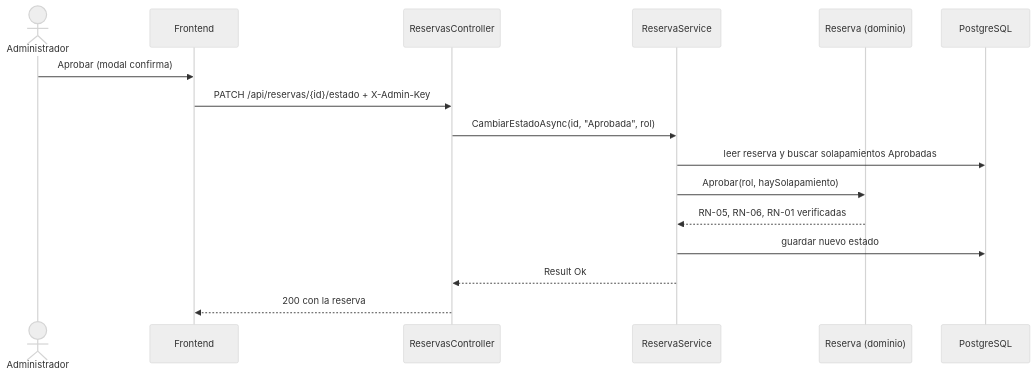
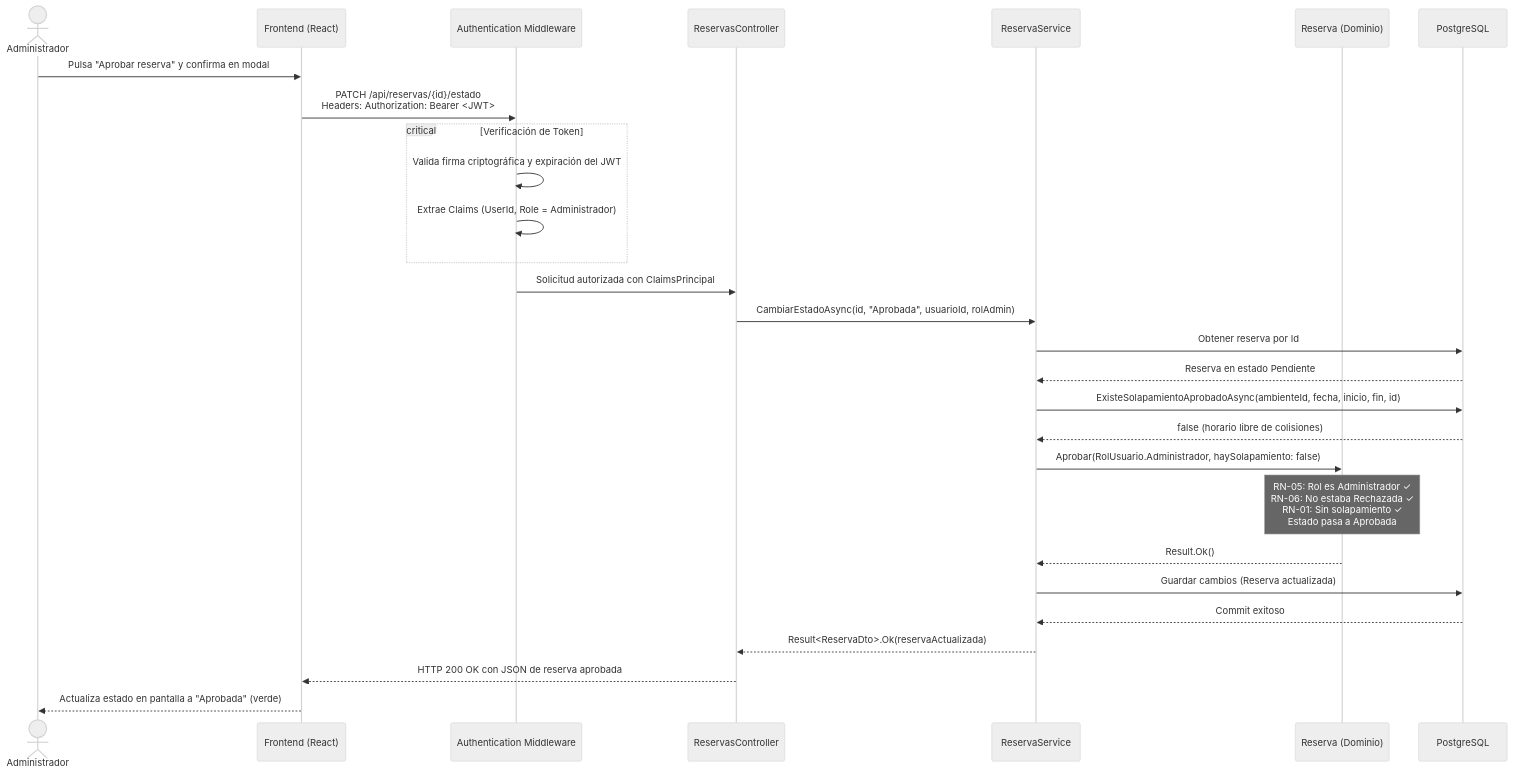
The fifth of 5 diagrams in docs/S01_ANALISIS.md (Kody2003/ReservaUPLA), drawn with Mermaid (neutral theme) before and after one commit. The commit also changed other lines of this file and 4 other files, not shown here.

````diff
--- a/docs/S01_ANALISIS.md
+++ b/docs/S01_ANALISIS.md
@@ -135,18 +248,38 @@
 ```mermaid
 sequenceDiagram
     actor Admin as Administrador
-    participant UI as Frontend
+    participant UI as Frontend (React)
+    participant AuthMW as Authentication Middleware
     participant API as ReservasController
     participant Svc as ReservaService
-    participant Dom as Reserva (dominio)
+    participant Dom as Reserva (Dominio)
     participant BD as PostgreSQL
-    Admin->>UI: Aprobar (modal confirma)
-    UI->>API: PATCH /api/reservas/{id}/estado + X-Admin-Key
-    API->>Svc: CambiarEstadoAsync(id, "Aprobada", rol)
-    Svc->>BD: leer reserva y buscar solapamientos Aprobadas
-    Svc->>Dom: Aprobar(rol, haySolapamiento)
-    Dom-->>Svc: RN-05, RN-06, RN-01 verificadas
-    Svc->>BD: guardar nuevo estado
-    Svc-->>API: Result Ok
-    API-->>UI: 200 con la reserva
+
+    Admin->>UI: Pulsa "Aprobar reserva" y confirma en modal
+    UI->>AuthMW: PATCH /api/reservas/{id}/estado<br/>Headers: Authorization: Bearer <JWT>
+    
+    critical Verificación de Token
+        AuthMW->>AuthMW: Valida firma criptográfica y expiración del JWT
+        AuthMW->>AuthMW: Extrae Claims (UserId, Role = Administrador)
+    end
+
+    AuthMW->>API: Solicitud autorizada con ClaimsPrincipal
+    API->>Svc: CambiarEstadoAsync(id, "Aprobada", usuarioId, rolAdmin)
+    
+    Svc->>BD: Obtener reserva por Id
+    BD-->>Svc: Reserva en estado Pendiente
+    
+    Svc->>BD: ExisteSolapamientoAprobadoAsync(ambienteId, fecha, inicio, fin, id)
+    BD-->>Svc: false (horario libre de colisiones)
+    
+    Svc->>Dom: Aprobar(RolUsuario.Administrador, haySolapamiento: false)
+    Note over Dom: RN-05: Rol es Administrador ✓<br/>RN-06: No estaba Rechazada ✓<br/>RN-01: Sin solapamiento ✓<br/>Estado pasa a Aprobada
+    Dom-->>Svc: Result.Ok()
+    
+    Svc->>BD: Guardar cambios (Reserva actualizada)
+    BD-->>Svc: Commit exitoso
+    
+    Svc-->>API: Result<ReservaDto>.Ok(reservaActualizada)
+    API-->>UI: HTTP 200 OK con JSON de reserva aprobada
+    UI-->>Admin: Actualiza estado en pantalla a "Aprobada" (verde)
 ```
````
